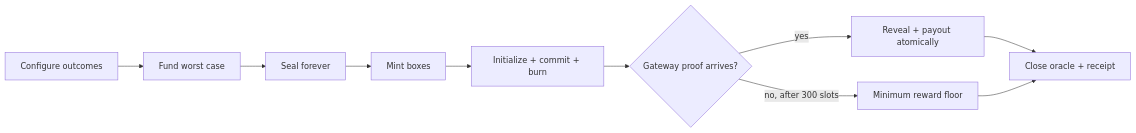
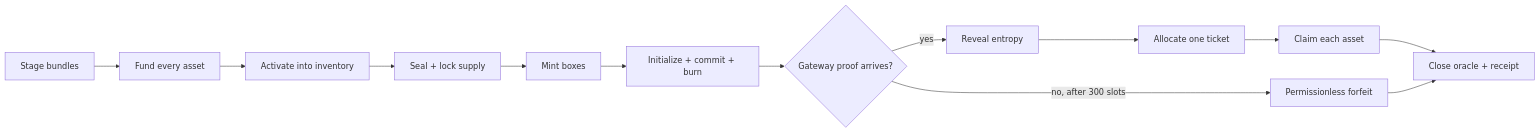
Before and after one commit to pina-rs/lootbox: the diagram in README.md, drawn with Mermaid. The commit also changed other lines of this file and 345 other files, not shown here.

````diff
--- a/README.md
+++ b/README.md
@@ -45,12 +45,15 @@
 ```mermaid
 flowchart LR
-    A[Configure outcomes] --> B[Fund worst case]
-    B --> C[Seal forever]
-    C --> D[Mint boxes]
-    D --> E[Initialize + commit + burn]
-    E --> F{Gateway proof arrives?}
-    F -->|yes| G[Reveal + payout atomically]
-    F -->|no, after 300 slots| H[Minimum reward floor]
-    G --> I[Close oracle + receipt]
-    H --> I
+    A[Stage bundles] --> B[Fund every asset]
+    B --> C[Activate into inventory]
+    C --> D[Seal + lock supply]
+    D --> E[Mint boxes]
+    E --> F[Initialize + commit + burn]
+    F --> G{Gateway proof arrives?}
+    G -->|yes| H[Reveal entropy]
+    H --> I[Allocate one ticket]
+    I --> J[Claim each asset]
+    G -->|no, after 300 slots| K[Permissionless forfeit]
+    J --> L[Close oracle + receipt]
+    K --> L
 ```
````
